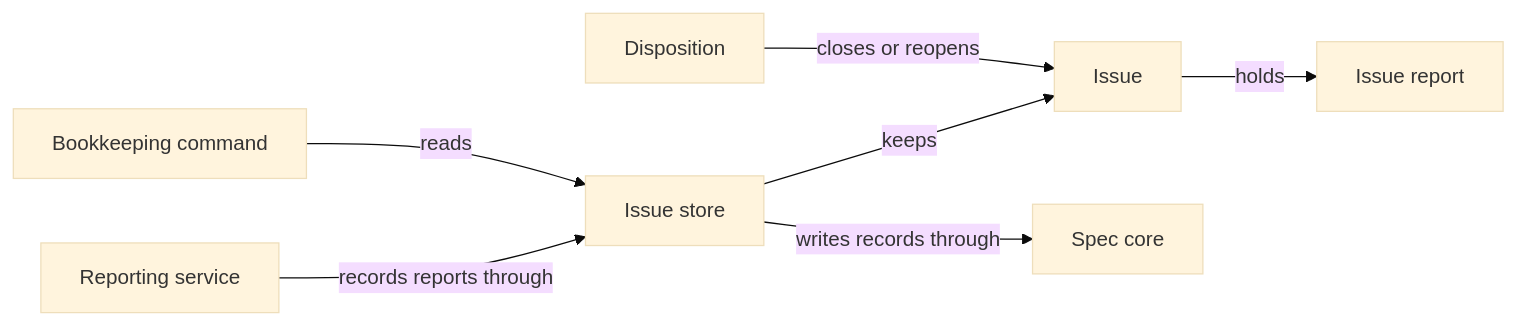
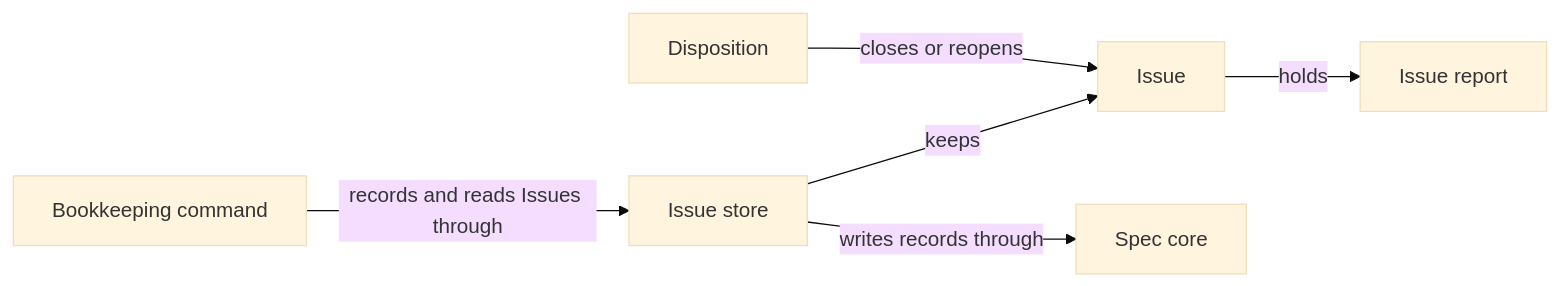
The diagram in specs/concorde/issues/module.md (FTOD/concorde), drawn with Mermaid (base theme) before and after one commit. The commit also changed other lines of this file and 43 other files, not shown here.

First line of the commit message:
Remove dead code and give Issues a recording command

````diff
--- a/specs/concorde/issues/module.md
+++ b/specs/concorde/issues/module.md
@@ -122,11 +120,10 @@
 ```mermaid
 flowchart LR
     accTitle: Issues structure
-    accDescr: The reporting service records reports through the store, the store keeps Issues, an Issue holds reports, dispositions close or reopen Issues, the command reads the store, and the store writes through Spec core.
-    reporting[Reporting service] -->|records reports through| store[Issue store]
-    command[Bookkeeping command] -->|reads| store
+    accDescr: The command records and reads Issues through the store, the store keeps Issues, an Issue holds reports, dispositions close or reopen Issues, and the store writes through Spec core.
+    command[Bookkeeping command] -->|records and reads Issues through| store[Issue store]
     store -->|keeps| issue[Issue]
     issue -->|holds| report[Issue report]
     disposition[Disposition] -->|closes or reopens| issue
     store -->|writes records through| spec[Spec core]
 ```
````
